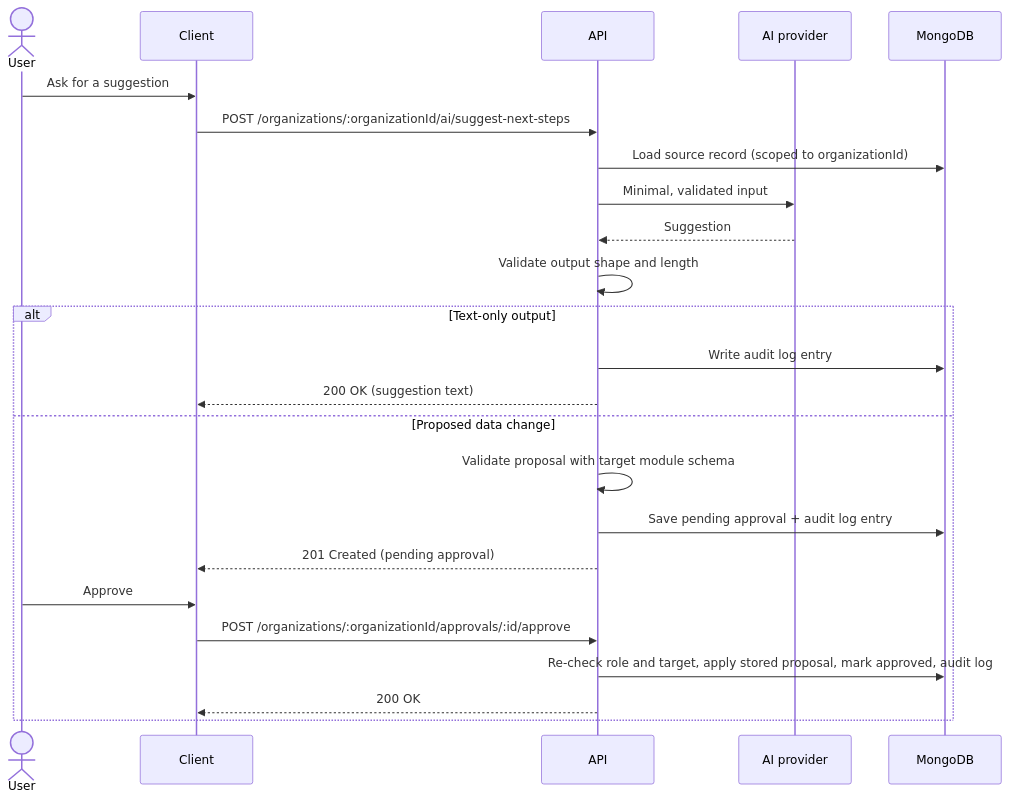
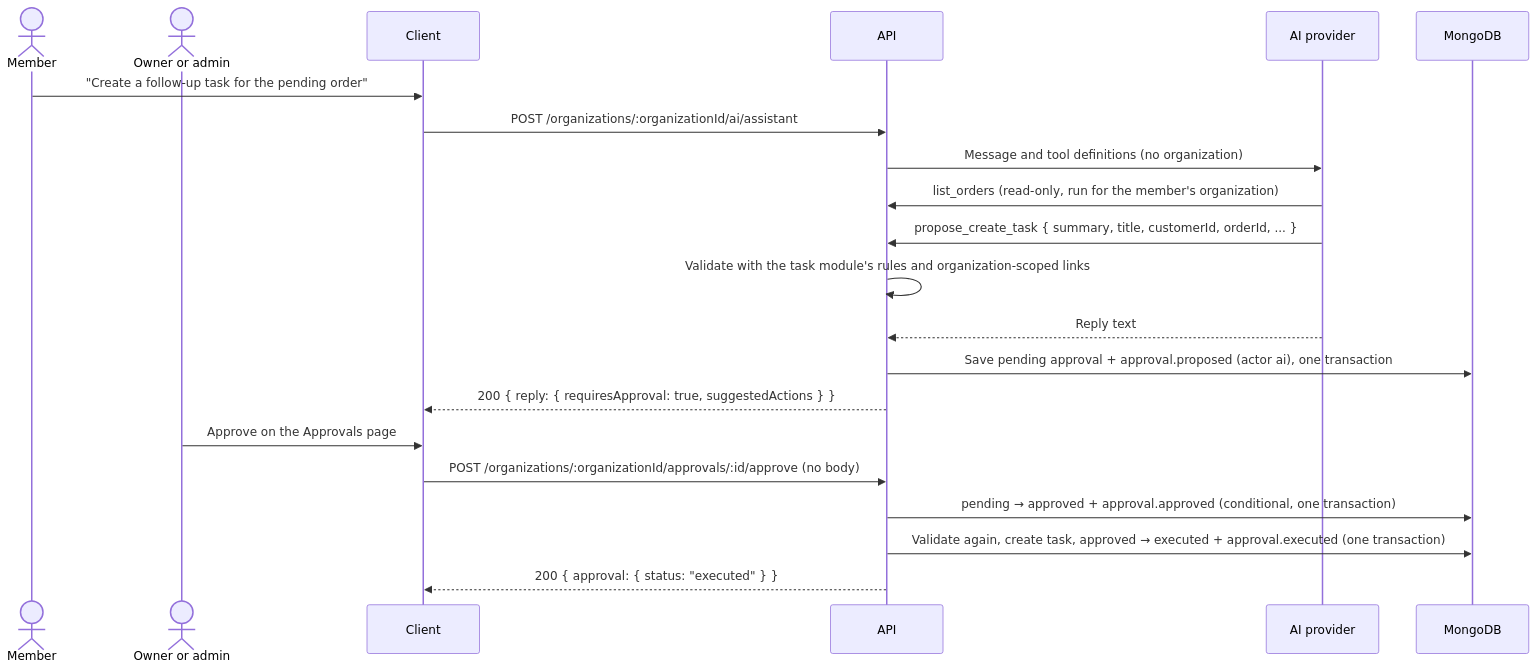
The second of 2 diagrams in docs/ARCHITECTURE.md (sudhanshuthakur108-cpu/opspilot-ai), drawn with Mermaid before and after one commit. The commit also changed other lines of this file and 45 other files, not shown here.

````diff
--- a/docs/ARCHITECTURE.md
+++ b/docs/ARCHITECTURE.md
@@ -242,27 +249,24 @@
 ```mermaid
 sequenceDiagram
-    actor U as User
+    actor M as Member
+    actor R as Owner or admin
     participant C as Client
     participant A as API
     participant P as AI provider
     participant D as MongoDB
 
-    U->>C: Ask for a suggestion
-    C->>A: POST /organizations/:organizationId/ai/suggest-next-steps
-    A->>D: Load source record (scoped to organizationId)
-    A->>P: Minimal, validated input
-    P-->>A: Suggestion
-    A->>A: Validate output shape and length
-    alt Text-only output
-        A->>D: Write audit log entry
-        A-->>C: 200 OK (suggestion text)
-    else Proposed data change
-        A->>A: Validate proposal with target module schema
-        A->>D: Save pending approval + audit log entry
-        A-->>C: 201 Created (pending approval)
-        U->>C: Approve
-        C->>A: POST /organizations/:organizationId/approvals/:id/approve
-        A->>D: Re-check role and target, apply stored proposal, mark approved, audit log
-        A-->>C: 200 OK
-    end
+    M->>C: "Create a follow-up task for the pending order"
+    C->>A: POST /organizations/:organizationId/ai/assistant
+    A->>P: Message and tool definitions (no organization)
+    P->>A: list_orders (read-only, run for the member's organization)
+    P->>A: propose_create_task { summary, title, customerId, orderId, ... }
+    A->>A: Validate with the task module's rules and organization-scoped links
+    P-->>A: Reply text
+    A->>D: Save pending approval + approval.proposed (actor ai), one transaction
+    A-->>C: 200 { reply: { requiresApproval: true, suggestedActions } }
+    R->>C: Approve on the Approvals page
+    C->>A: POST /organizations/:organizationId/approvals/:id/approve (no body)
+    A->>D: pending → approved + approval.approved (conditional, one transaction)
+    A->>D: Validate again, create task, approved → executed + approval.executed (one transaction)
+    A-->>C: 200 { approval: { status: "executed" } }
 ```
````
